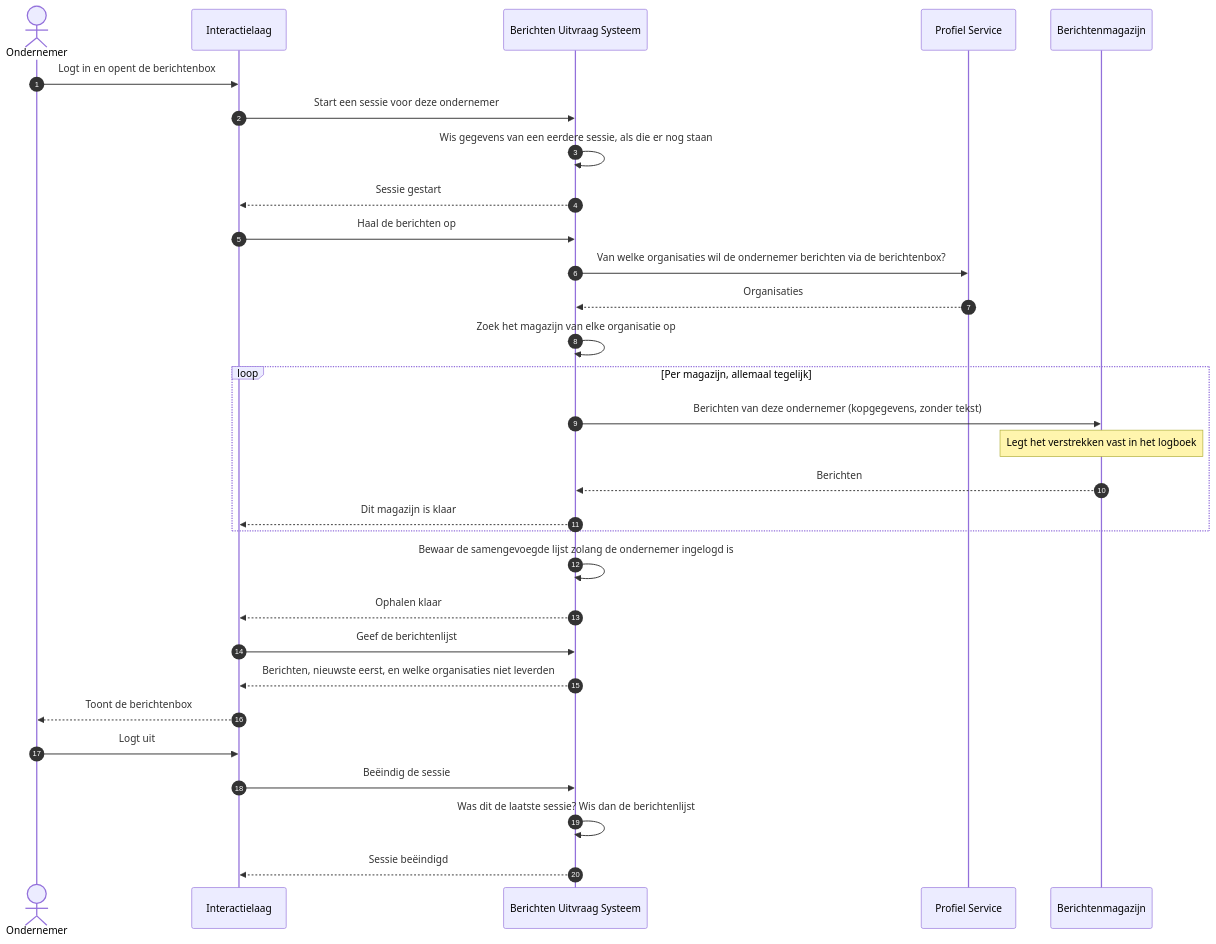
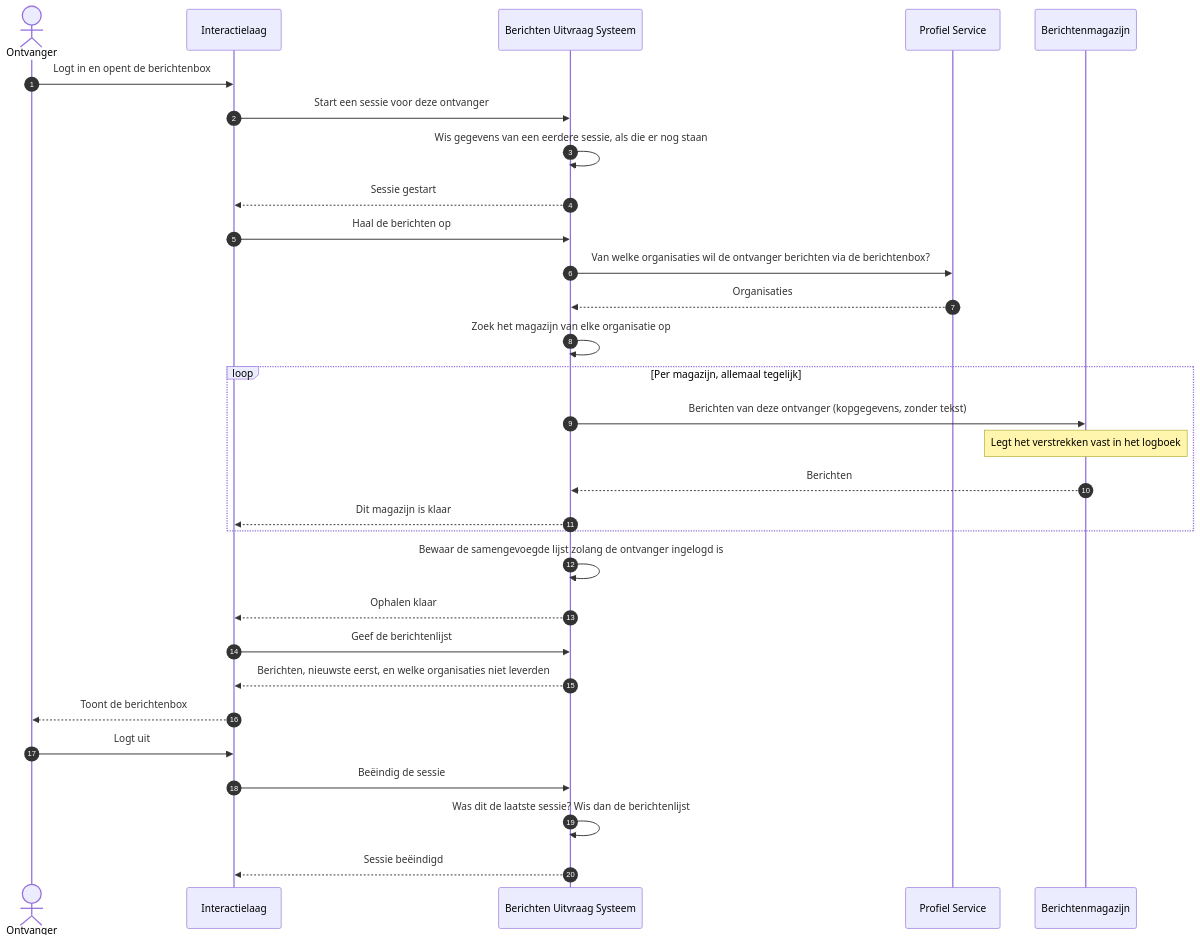
The diagram in docs/architecture/workspace-docs/06-uc2-berichtenbox-openen.md (MinBZK/moza-poc-fbs-berichtenbox), drawn with Mermaid before and after one commit. The commit also changed other lines of this file and 15 other files, not shown here.

First line of the commit message:
docs(architectuur): use cases generiek voor burgers en ondernemers

````diff
--- a/docs/architecture/workspace-docs/06-uc2-berichtenbox-openen.md
+++ b/docs/architecture/workspace-docs/06-uc2-berichtenbox-openen.md
@@ -34,36 +36,36 @@
 ```mermaid
 sequenceDiagram
     autonumber
-    actor OND as Ondernemer
+    actor ONT as Ontvanger
     participant IL as Interactielaag
     participant FBS as Berichten Uitvraag Systeem
     participant PRO as Profiel Service
     participant MAG as Berichtenmagazijn
 
-    OND->>IL: Logt in en opent de berichtenbox
-    IL->>FBS: Start een sessie voor deze ondernemer
+    ONT->>IL: Logt in en opent de berichtenbox
+    IL->>FBS: Start een sessie voor deze ontvanger
     FBS->>FBS: Wis gegevens van een eerdere sessie, als die er nog staan
     FBS-->>IL: Sessie gestart
 
     IL->>FBS: Haal de berichten op
-    FBS->>PRO: Van welke organisaties wil de ondernemer berichten via de berichtenbox?
+    FBS->>PRO: Van welke organisaties wil de ontvanger berichten via de berichtenbox?
     PRO-->>FBS: Organisaties
     FBS->>FBS: Zoek het magazijn van elke organisatie op
     loop Per magazijn, allemaal tegelijk
-        FBS->>MAG: Berichten van deze ondernemer (kopgegevens, zonder tekst)
+        FBS->>MAG: Berichten van deze ontvanger (kopgegevens, zonder tekst)
         Note over MAG: Legt het verstrekken vast in het logboek
         MAG-->>FBS: Berichten
         FBS-->>IL: Dit magazijn is klaar
     end
-    FBS->>FBS: Bewaar de samengevoegde lijst zolang de ondernemer ingelogd is
+    FBS->>FBS: Bewaar de samengevoegde lijst zolang de ontvanger ingelogd is
     FBS-->>IL: Ophalen klaar
 
     IL->>FBS: Geef de berichtenlijst
     FBS-->>IL: Berichten, nieuwste eerst, en welke organisaties niet leverden
-    IL-->>OND: Toont de berichtenbox
+    IL-->>ONT: Toont de berichtenbox
 
-    OND->>IL: Logt uit
+    ONT->>IL: Logt uit
     IL->>FBS: Beëindig de sessie
     FBS->>FBS: Was dit de laatste sessie? Wis dan de berichtenlijst
     FBS-->>IL: Sessie beëindigd
 ```
````
